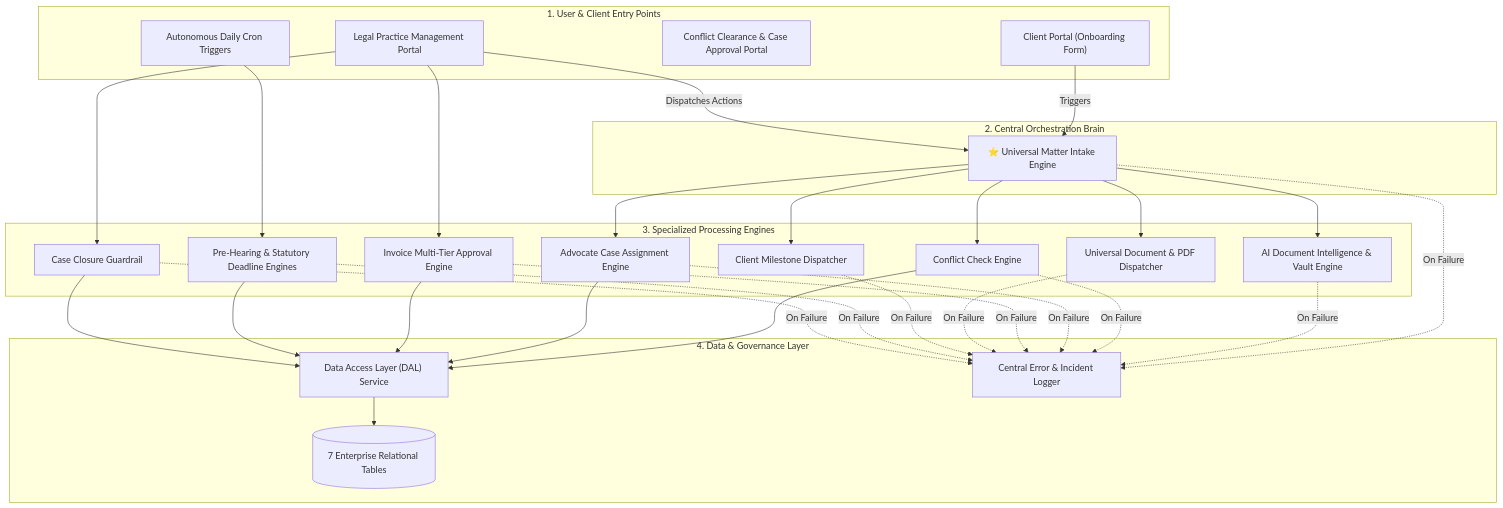
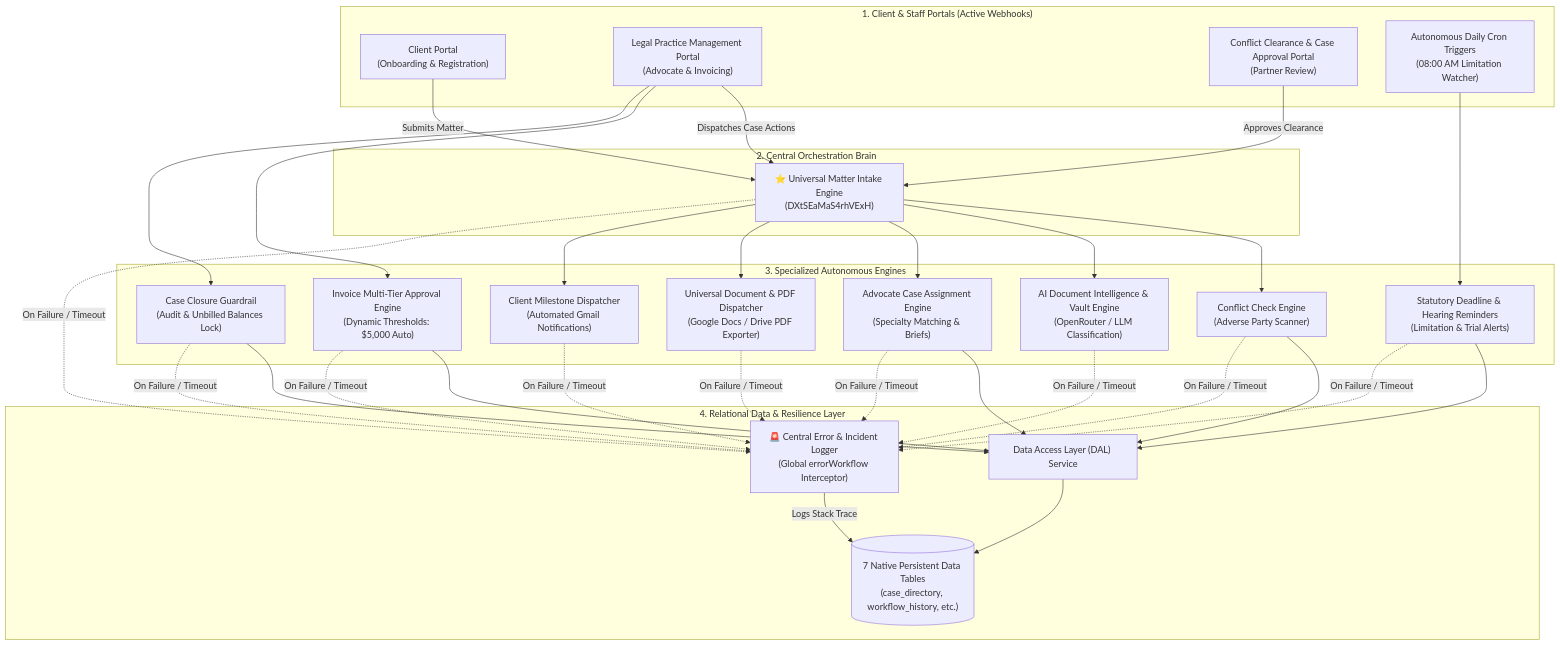
Before and after one commit to Cloud-Company13/N8n: the diagram in README.md, drawn with Mermaid. The commit also changed other lines of this file, not shown here.

Commit message:
Update README with verified E2E test results, architecture matrix, and Data Tables

````diff
--- a/README.md
+++ b/README.md
@@ -16,47 +23,50 @@
 ```mermaid
 flowchart TD
-    subgraph Ingestion["1. User & Client Entry Points"]
-        CP["Client Portal (Onboarding Form)"]
-        LP["Legal Practice Management Portal"]
-        CR["Conflict Clearance & Case Approval Portal"]
-        SCH["Autonomous Daily Cron Triggers"]
+    subgraph Ingestion["1. Client & Staff Portals (Active Webhooks)"]
+        CP["Client Portal<br/>(Onboarding & Registration)"]
+        LP["Legal Practice Management Portal<br/>(Advocate & Invoicing)"]
+        CR["Conflict Clearance & Case Approval Portal<br/>(Partner Review)"]
+        SCH["Autonomous Daily Cron Triggers<br/>(08:00 AM Limitation Watcher)"]
     end
 
     subgraph Orchestration["2. Central Orchestration Brain"]
-        MIE["⭐ Universal Matter Intake Engine"]
+        MIE["⭐ Universal Matter Intake Engine<br/>(DXtSEaMaS4rhVExH)"]
     end
 
-    subgraph SubEngines["3. Specialized Processing Engines"]
-        CC["Conflict Check Engine"]
-        AI["AI Document Intelligence & Vault Engine"]
-        CA["Advocate Case Assignment Engine"]
-        INV["Invoice Multi-Tier Approval Engine"]
-        DOC["Universal Document & PDF Dispatcher"]
-        CMD["Client Milestone Dispatcher"]
-        REM["Pre-Hearing & Statutory Deadline Engines"]
-        CG["Case Closure Guardrail"]
+    subgraph SubEngines["3. Specialized Autonomous Engines"]
+        CC["Conflict Check Engine<br/>(Adverse Party Scanner)"]
+        AI["AI Document Intelligence & Vault Engine<br/>(OpenRouter / LLM Classification)"]
+        CA["Advocate Case Assignment Engine<br/>(Specialty Matching & Briefs)"]
+        DOC["Universal Document & PDF Dispatcher<br/>(Google Docs / Drive PDF Exporter)"]
+        CMD["Client Milestone Dispatcher<br/>(Automated Gmail Notifications)"]
+        INV["Invoice Multi-Tier Approval Engine<br/>(Dynamic Thresholds: $5,000 Auto)"]
+        REM["Statutory Deadline & Hearing Reminders<br/>(Limitation & Trial Alerts)"]
+        CG["Case Closure Guardrail<br/>(Audit & Unbilled Balances Lock)"]
     end
 
-    subgraph Persistence["4. Data & Governance Layer"]
+    subgraph Persistence["4. Relational Data & Resilience Layer"]
         DAL["Data Access Layer (DAL) Service"]
-        TABLES[("7 Enterprise Relational Tables")]
-        ERR["Central Error & Incident Logger"]
+        TABLES[("7 Native Persistent Data Tables<br/>(case_directory, workflow_history, etc.)")]
+        ERR["🚨 Central Error & Incident Logger<br/>(Global errorWorkflow Interceptor)"]
     end
 
-    CP -->|Triggers| MIE
-    LP -->|Dispatches Actions| MIE
+    CP -->|Submits Matter| MIE
+    LP -->|Dispatches Case Actions| MIE
+    CR -->|Approves Clearance| MIE
+    
     MIE --> CC
     MIE --> AI
     MIE --> CA
     MIE --> DOC
     MIE --> CMD
     
     LP --> INV
     LP --> CG
     SCH --> REM
     
     CC & CA & INV & REM & CG --> DAL
     DAL --> TABLES
     
-    MIE & AI & CC & CA & INV & DOC & CMD & REM & CG -.->|On Failure| ERR
+    MIE & AI & CC & CA & INV & DOC & CMD & REM & CG -.->|On Failure / Timeout| ERR
+    ERR -->|Logs Stack Trace| TABLES
 ```
````
